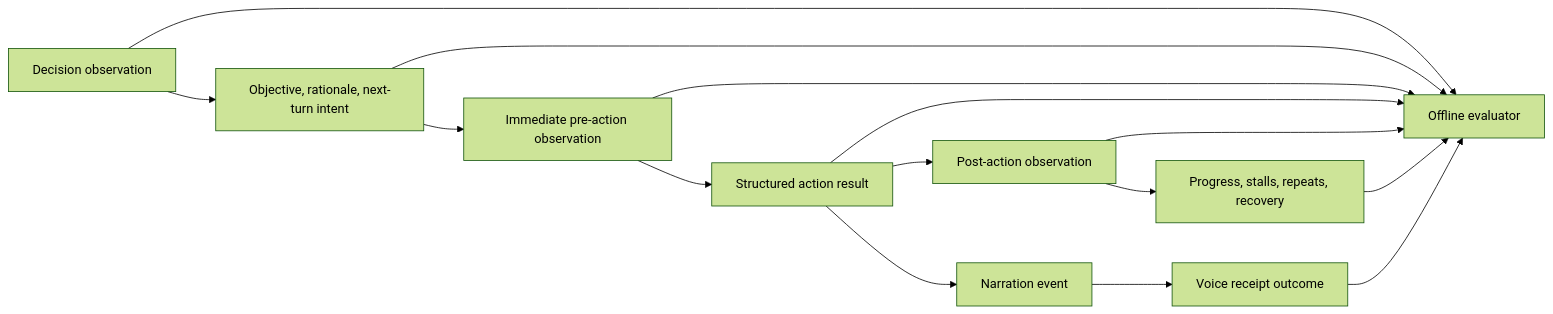
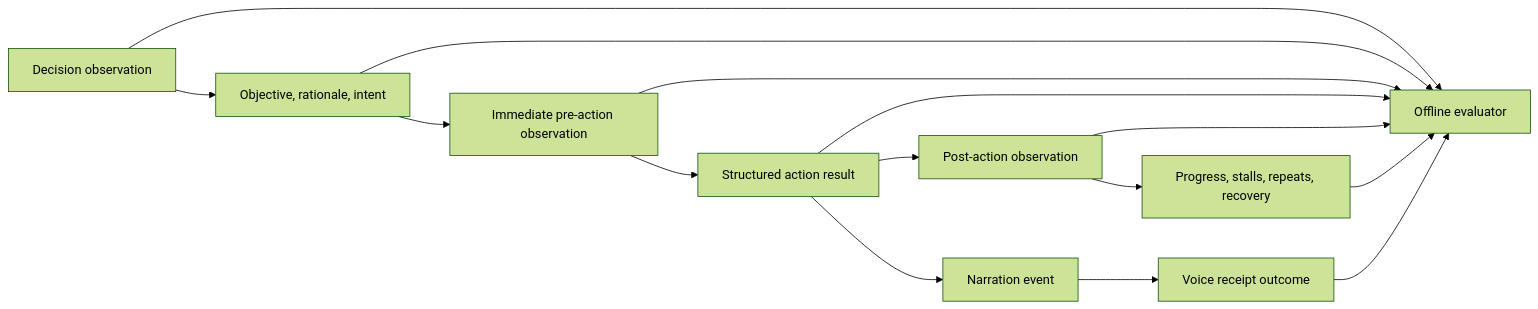
The diagram in docs/testing/2026-08-16-pokeagent-performance/README.md (Volpestyle/clankie), drawn with Mermaid (forest theme) before and after one commit. The commit also changed other lines of this file and 15 other files, not shown here.

````diff
--- a/docs/testing/2026-08-16-pokeagent-performance/README.md
+++ b/docs/testing/2026-08-16-pokeagent-performance/README.md
@@ -139,11 +139,11 @@
 ```mermaid
 flowchart LR
-    D[Decision observation] --> P[Objective, rationale, next-turn intent]
+    D[Decision observation] --> P[Objective, rationale, intent]
     P --> B[Immediate pre-action observation]
     B --> A[Structured action result]
     A --> C[Post-action observation]
     C --> R[Progress, stalls, repeats, recovery]
     A --> N[Narration event]
     N --> V[Voice receipt outcome]
     D & P & B & A & C & R & V --> E[Offline evaluator]
 ```
````
